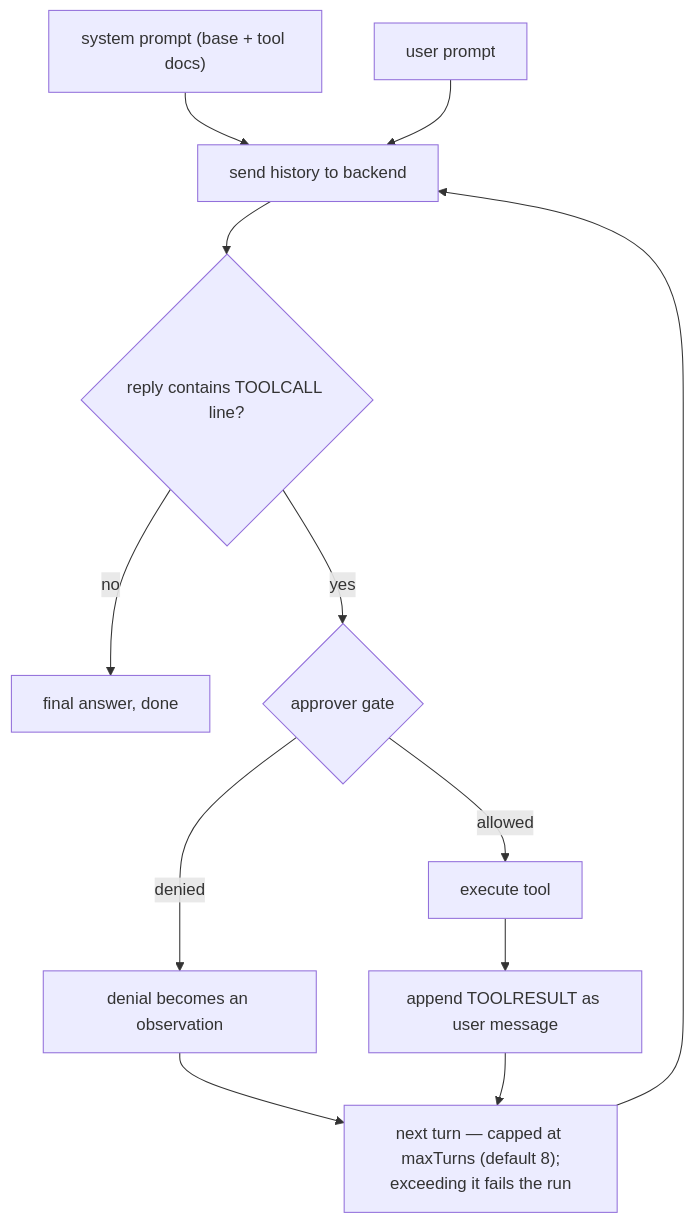
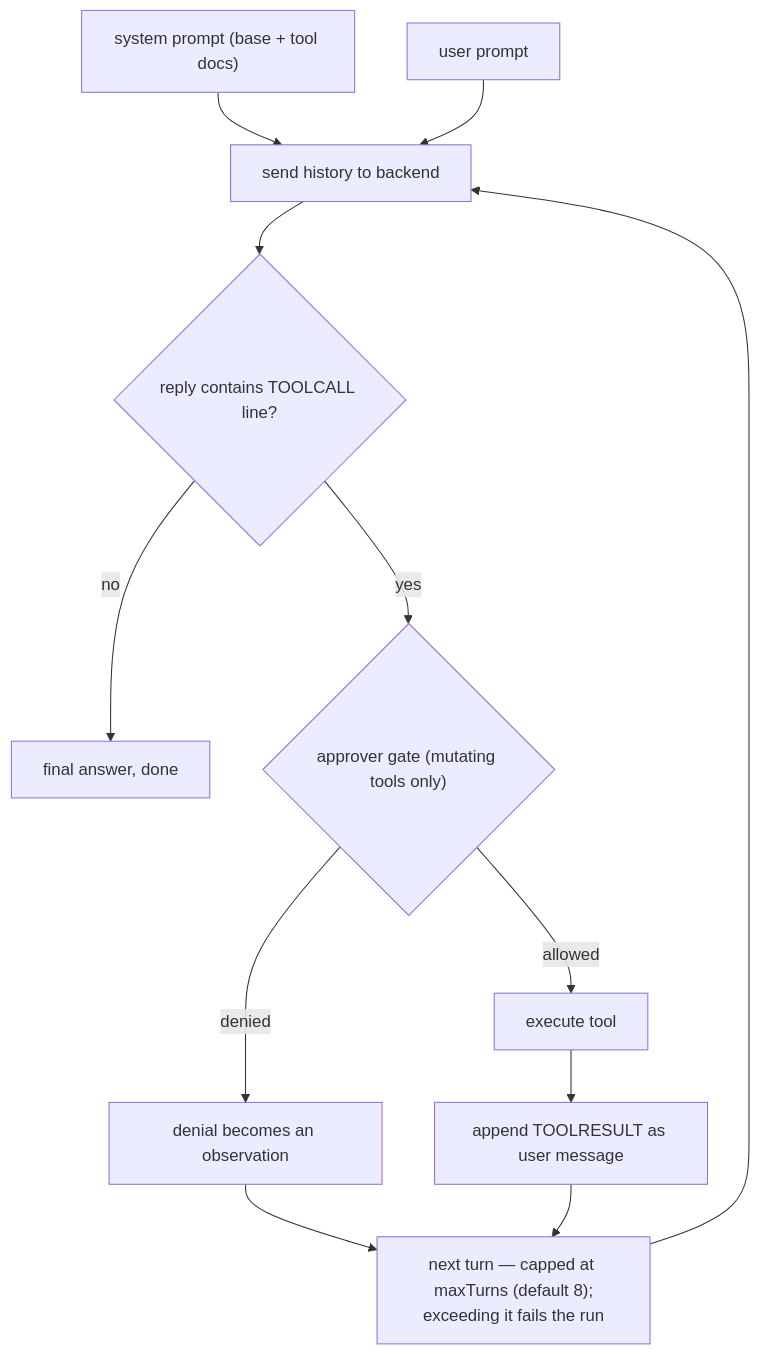
Before and after one commit to ottenwbe/go-reins: the first of 2 diagrams in README.md, drawn with Mermaid. The commit also changed other lines of this file and 1 other file, not shown here.

````diff
--- a/README.md
+++ b/README.md
@@ -120,14 +238,14 @@
 ```mermaid
 flowchart TD
     sys["system prompt (base + tool docs)"] --> send["send history to backend"]
     usr["user prompt"] --> send
     send --> toolcall{"reply contains TOOLCALL line?"}
     toolcall -->|no| done["final answer, done"]
-    toolcall -->|yes| gate{"approver gate"}
+    toolcall -->|yes| gate{"approver gate (mutating tools only)"}
     gate -->|denied| obs["denial becomes an observation"]
     gate -->|allowed| exec["execute tool"]
     exec --> append["append TOOLRESULT as user message"]
     obs --> next["next turn — capped at maxTurns (default 8);<br>exceeding it fails the run"]
     append --> next
     next --> send
 ```
````
